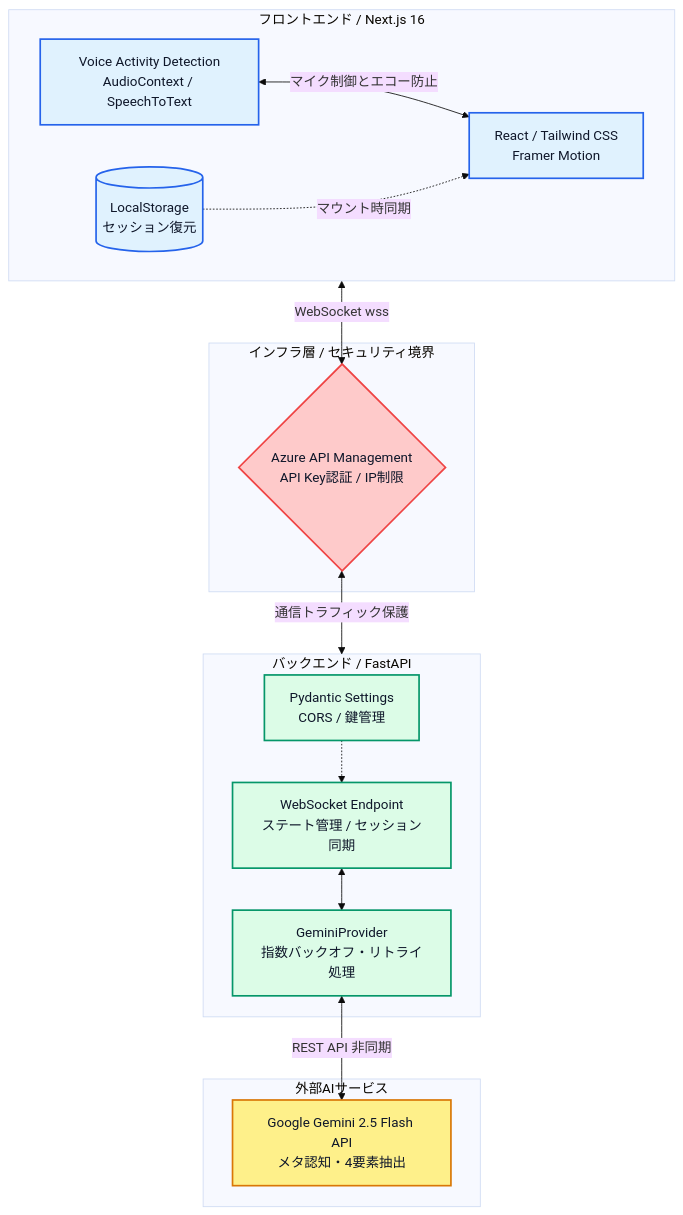
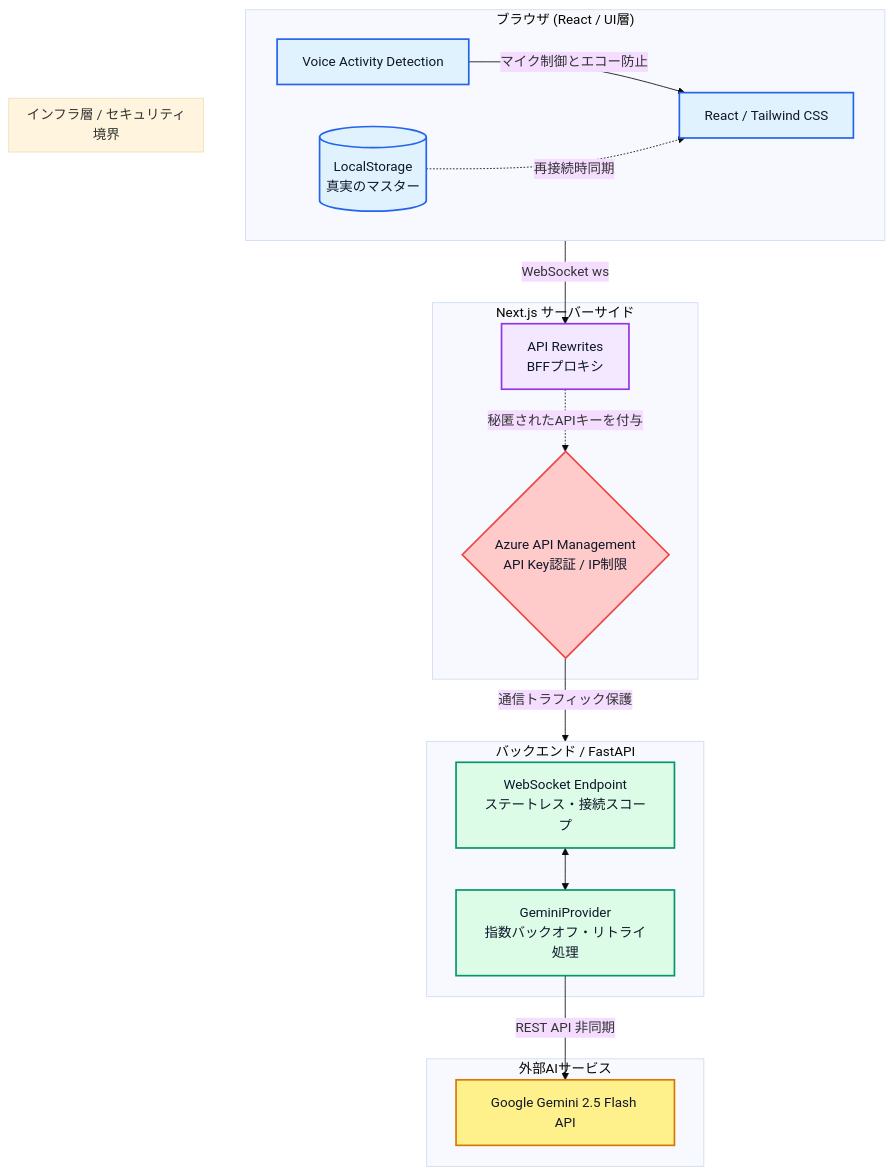
One commit to TakeruOtahara/Drill-Talk-Portfolio changed the first of 3 diagrams in README.md. Above: the diagram before and after it, drawn with Mermaid (base theme). The commit also changed other lines of this file and 11 other files, not shown here.

Commit message:
feat: Update architecture to BFF zero-secret and optimize Docker builds

````diff
--- a/README.md
+++ b/README.md
@@ -40,42 +41,47 @@
 ```mermaid
 graph TD
-    subgraph Client [フロントエンド / Next.js 16]
-        UI[React / Tailwind CSS<br>Framer Motion]
-        VAD[Voice Activity Detection<br>AudioContext / SpeechToText]
-        Storage[(LocalStorage<br>セッション復元)]
+    subgraph Client ["ブラウザ (React / UI層)"]
+        UI["React / Tailwind CSS"]
+        VAD["Voice Activity Detection"]
+        Storage[("LocalStorage<br>真実のマスター")]
         
-        VAD <-->|マイク制御とエコー防止| UI
-        Storage -.->|マウント時同期| UI
+        VAD -->|"マイク制御とエコー防止"| UI
+        Storage -.->|"再接続時同期"| UI
     end
 
-    subgraph Gatekeeper [インフラ層 / セキュリティ境界]
-        APIM{Azure API Management<br>API Key認証 / IP制限}
+    subgraph BFF ["Next.js サーバーサイド"]
+        Proxy["API Rewrites<br>BFFプロキシ"]
+        Proxy -.->|"秘匿されたAPIキーを付与"| APIM
     end
 
-    subgraph Server [バックエンド / FastAPI]
-        Config[Pydantic Settings<br>CORS / 鍵管理]
-        WS[WebSocket Endpoint<br>ステート管理 / セッション同期]
-        Logic[GeminiProvider<br>指数バックオフ・リトライ処理]
+    subgraph Gatekeeper ["インフラ層 / セキュリティ境界"]
+        APIM{"Azure API Management<br>API Key認証 / IP制限"}
+    end
+
+    subgraph Server ["バックエンド / FastAPI"]
+        WS["WebSocket Endpoint<br>ステートレス・接続スコープ"]
+        Logic["GeminiProvider<br>指数バックオフ・リトライ処理"]
         
-        Config -.-> WS
         WS <--> Logic
     end
 
-    subgraph External [外部AIサービス]
-        LLM[Google Gemini 2.5 Flash API<br>メタ認知・4要素抽出]
+    subgraph External ["外部AIサービス"]
+        LLM["Google Gemini 2.5 Flash API"]
     end
 
-    Client <-->|WebSocket wss| APIM
-    APIM <-->|通信トラフィック保護| Server
-    Logic <-->|REST API 非同期| LLM
+    Client -->|"WebSocket ws"| Proxy
+    APIM -->|"通信トラフィック保護"| Server
+    Logic -->|"REST API 非同期"| LLM
 
     classDef client fill:#e0f2fe,stroke:#2563eb,stroke-width:2px,color:#0f172a;
+    classDef bff fill:#f3e8ff,stroke:#9333ea,stroke-width:2px,color:#0f172a;
     classDef gatekeeper fill:#fecaca,stroke:#ef4444,stroke-width:2px,color:#0f172a;
     classDef server fill:#dcfce7,stroke:#059669,stroke-width:2px,color:#0f172a;
     classDef external fill:#fef08a,stroke:#d97706,stroke-width:2px,color:#0f172a;
 
     class UI,VAD,Storage client;
+    class Proxy bff;
     class APIM gatekeeper;
-    class WS,Logic,Config server;
+    class WS,Logic server;
     class LLM external;
 ```
````
